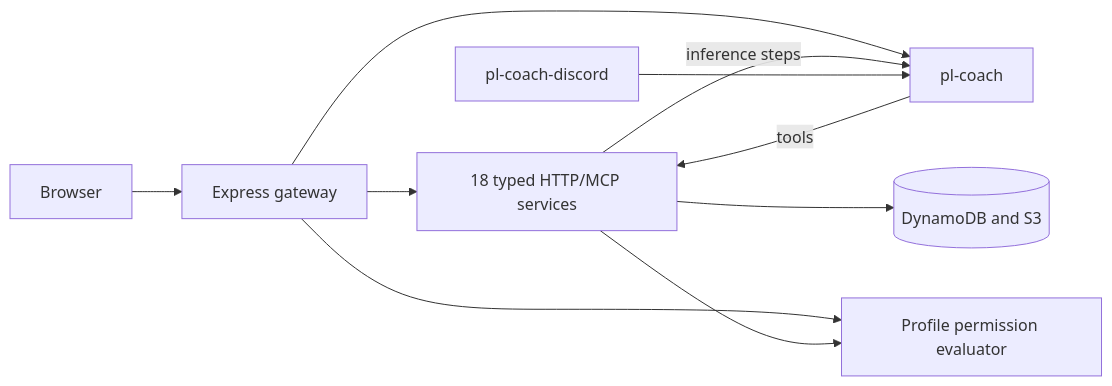
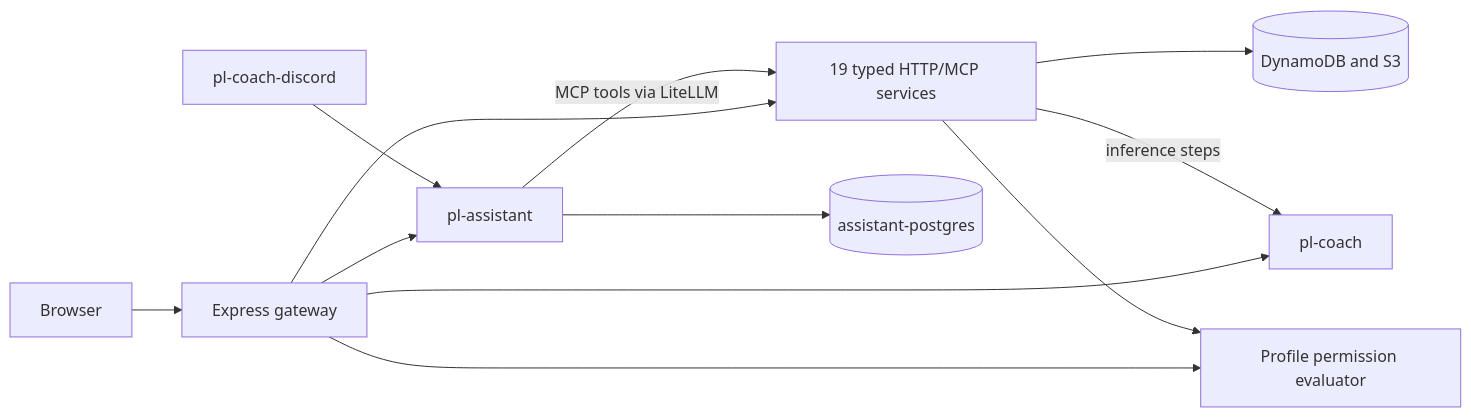
One commit to PierreStephaneVoltaire/ai-powerlifting changed the first of 13 diagrams in docs/ARCHITECTURE.md. Above: the diagram before and after it, drawn with Mermaid. The commit also changed other lines of this file and 224 other files, not shown here.

````diff
--- a/docs/ARCHITECTURE.md
+++ b/docs/ARCHITECTURE.md
@@ -23,12 +24,14 @@
 ```mermaid
 flowchart LR
   Browser["Browser"] --> Gateway["Express gateway"]
-  Gateway --> Service["18 typed HTTP/MCP services"]
+  Gateway --> Service["19 typed HTTP/MCP services"]
   Gateway --> Coach["pl-coach"]
+  Gateway --> Assistant["pl-assistant"]
   Service -->|"inference steps"| Coach
-  Coach -->|"tools"| Service
-  Bot["pl-coach-discord"] --> Coach
+  Assistant -->|"MCP tools via LiteLLM"| Service
+  Bot["pl-coach-discord"] --> Assistant
+  Assistant --> AssistantDB[("assistant-postgres")]
   Service --> Store[("DynamoDB and S3")]
   Gateway --> Profile["Profile permission evaluator"]
   Service --> Profile
 ```
````
